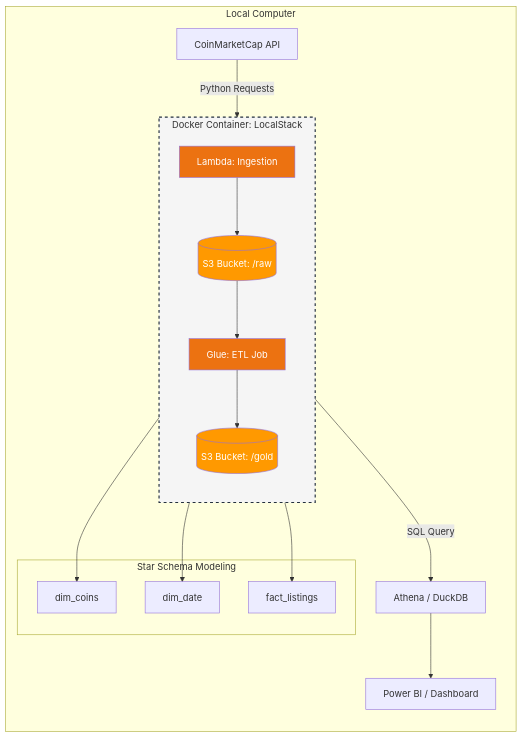
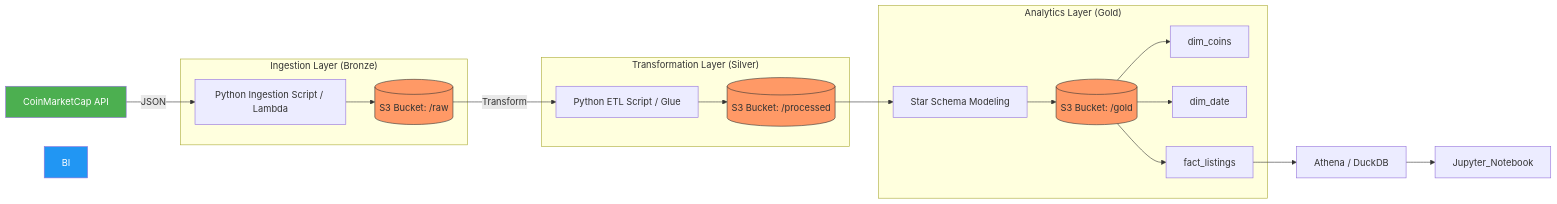
One commit to harrold-mussa/marketcap-crypto-analysis changed the diagram in README.md. Above: the diagram before and after it, drawn with Mermaid. The commit also changed other lines of this file and 18 other files, not shown here.

````diff
--- a/README.md
+++ b/README.md
@@ -9,34 +7,45 @@
-```Mermaid
+```mermaid
 graph LR
-    subgraph "Local Computer"
-        A[CoinMarketCap API] -- "Python Requests" --> DOCKER
+    %% Source
+    API[CoinMarketCap API]
 
-        subgraph DOCKER [Docker Container: LocalStack]
-            direction TB
-            S3_RAW[(S3 Bucket: /raw)] 
-            LAMBDA[Lambda: Ingestion]
-            GLUE[Glue: ETL Job]
-            S3_GOLD[(S3 Bucket: /gold)]
-            
-            LAMBDA --> S3_RAW
-            S3_RAW --> GLUE
-            GLUE --> S3_GOLD
-        end
-
-        subgraph "Star Schema Modeling"
-            S3_GOLD --> DIM_C[dim_coins]
-            S3_GOLD --> DIM_D[dim_date]
-            S3_GOLD --> FACT[fact_listings]
-        end
-
-        S3_GOLD -- "SQL Query" --> ATHENA[Athena / DuckDB]
-        ATHENA --> BI[Power BI / Dashboard]
+    subgraph "Ingestion Layer (Bronze)"
+        Lambda[Python Ingestion Script / Lambda]
+        S3_RAW[(S3 Bucket: /raw)]
     end
 
+    subgraph "Transformation Layer (Silver)"
+        Glue[Python ETL Script / Glue]
+        S3_PROCESSED[(S3 Bucket: /processed)]
+    end
+
+    subgraph "Analytics Layer (Gold)"
+        Modeling[Star Schema Modeling]
+        S3_GOLD[(S3 Bucket: /gold)]
+        DIM_C[dim_coins]
+        DIM_D[dim_date]
+        FACT[fact_listings]
+    end
+
+    %% Flow
+    API -->|JSON| Lambda
+    Lambda --> S3_RAW
+    S3_RAW -->|Transform| Glue
+    Glue --> S3_PROCESSED
+    S3_PROCESSED --> Modeling
+    Modeling --> S3_GOLD
+    S3_GOLD --> DIM_C
+    S3_GOLD --> DIM_D
+    S3_GOLD --> FACT
+
+    %% Final Consumption
+    FACT --> ATHENA[Athena / DuckDB]
+    ATHENA --> Jupyter_Notebook
+
     %% Styling
-    style DOCKER fill:#f5f5f5,stroke:#232f3e,stroke-width:2px,stroke-dasharray: 5 5
-    style S3_RAW fill:#ff9900,color:#fff
-    style S3_GOLD fill:#ff9900,color:#fff
-    style LAMBDA fill:#ec7211,color:#fff
-    style GLUE fill:#ec7211,color:#fff
+    style S3_RAW fill:#f96,stroke:#333
+    style S3_PROCESSED fill:#f96,stroke:#333
+    style S3_GOLD fill:#f96,stroke:#333
+    style API fill:#4CAF50,color:#fff
+    style BI fill:#2196F3,color:#fff
 ```
````
